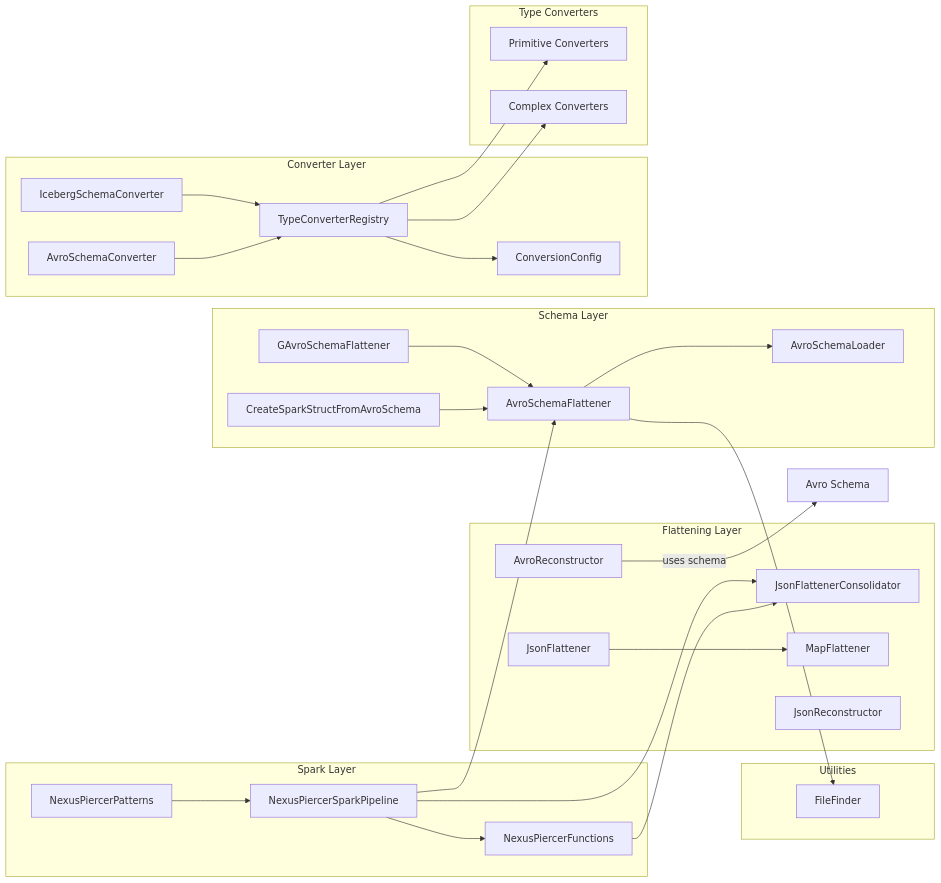
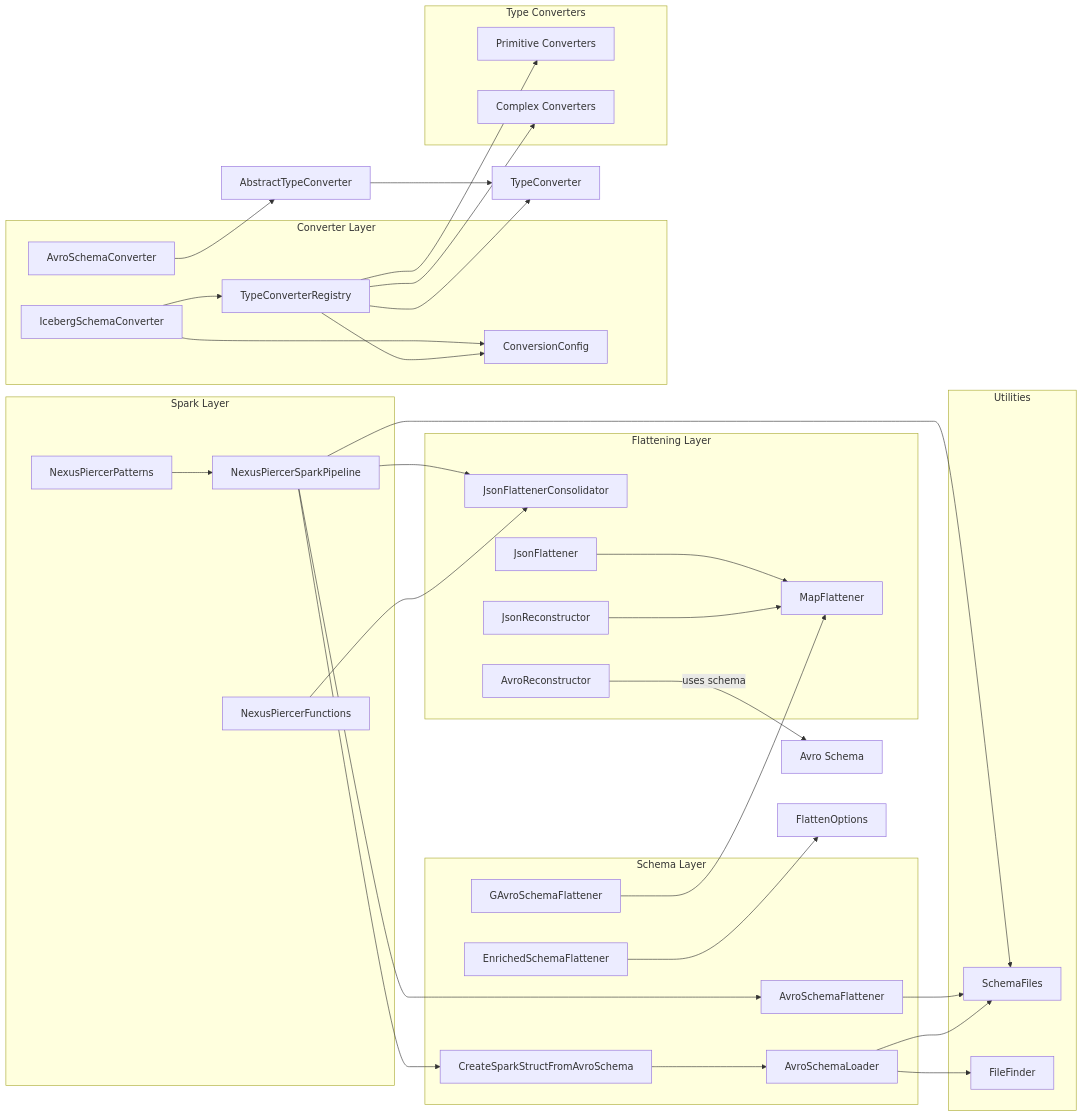
The third of 6 diagrams in docs/ARCHITECTURE_GRAPH.md (pierce-lonergan/NexusPiercer), drawn with Mermaid before and after one commit. The commit also changed other lines of this file and 20 other files, not shown here.

````diff
--- a/docs/ARCHITECTURE_GRAPH.md
+++ b/docs/ARCHITECTURE_GRAPH.md
@@ -53,61 +56,70 @@
 ```mermaid
 graph LR
     subgraph "Spark Layer"
         NPSP[NexusPiercerSparkPipeline]
         NPF[NexusPiercerFunctions]
         NPP[NexusPiercerPatterns]
     end
     
     subgraph "Flattening Layer"
         JFC[JsonFlattenerConsolidator]
         MF[MapFlattener]
         JF[JsonFlattener]
         JR[JsonReconstructor]
         AR[AvroReconstructor]
     end
     
     subgraph "Schema Layer"
+        ESF[EnrichedSchemaFlattener]
         ASF[AvroSchemaFlattener]
         ASL[AvroSchemaLoader]
         GASF[GAvroSchemaFlattener]
         CSFS[CreateSparkStructFromAvroSchema]
     end
     
     subgraph "Converter Layer"
         ASC[AvroSchemaConverter]
         ISC[IcebergSchemaConverter]
         TCR[TypeConverterRegistry]
         CC[ConversionConfig]
     end
     
     subgraph "Type Converters"
         TC_PRIM[Primitive Converters]
         TC_COMPLEX[Complex Converters]
     end
     
     subgraph "Utilities"
+        SF[SchemaFiles]
         FF[FileFinder]
     end
     
     NPSP --> JFC
     NPSP --> ASF
-    NPSP --> NPF
+    NPSP --> CSFS
+    NPSP --> SF
     NPP --> NPSP
     
     NPF --> JFC
     
     JF --> MF
+    JR[JsonReconstructor] --> MF
     
     AR --> |"uses schema"| AVRO_SCHEMA[Avro Schema]
     
-    ASF --> ASL
-    ASF --> FF
-    GASF --> ASF
-    CSFS --> ASF
+    ESF --> FO[FlattenOptions]
+    ASF --> SF
+    ASL --> SF
+    ASL --> FF
+    GASF --> MF
+    CSFS --> ASL
     
     ISC --> TCR
-    ASC --> TCR
+    ISC --> CC
+    ASC --> ATC[AbstractTypeConverter]
+    ATC --> TC[TypeConverter]
     TCR --> CC
+    TCR --> TC
     TCR --> TC_PRIM
     TCR --> TC_COMPLEX
 ```
````
